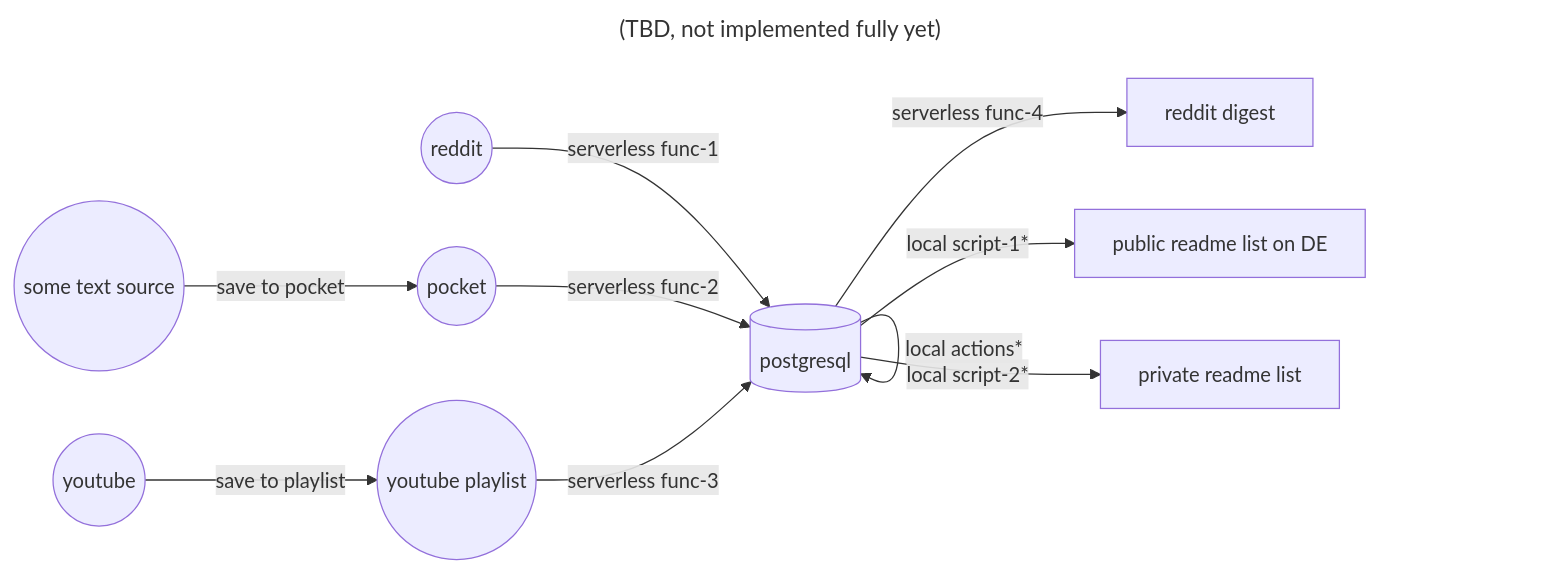
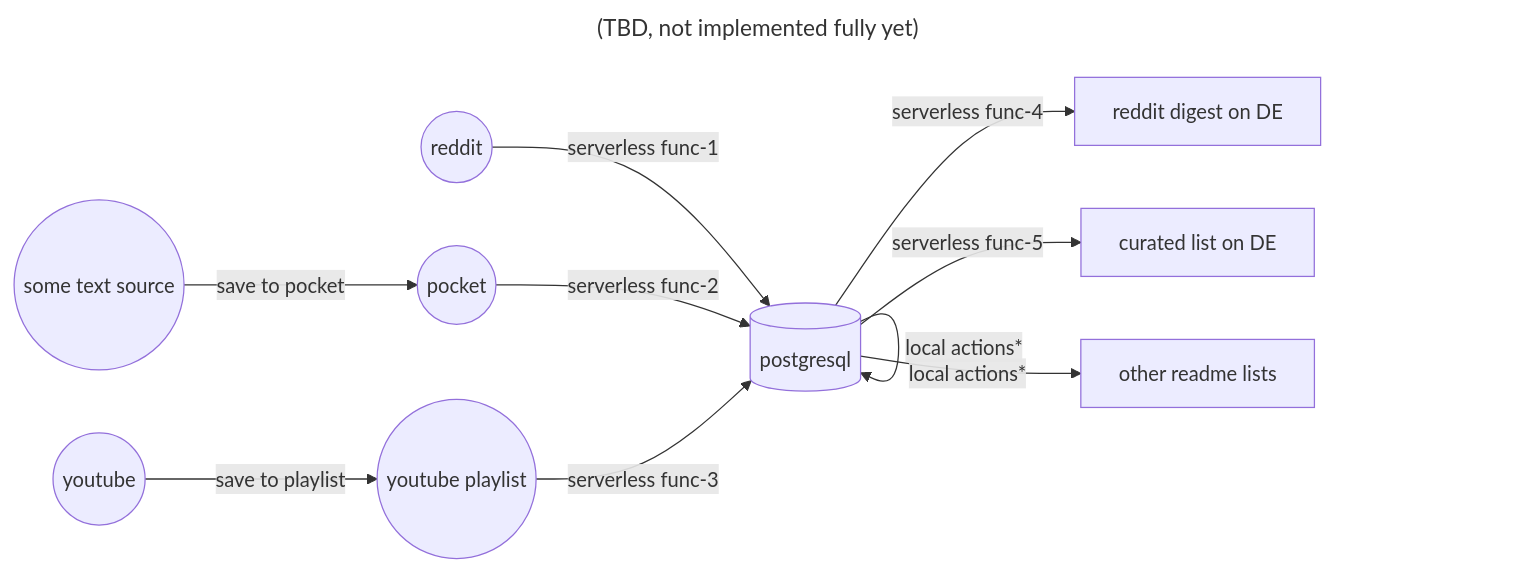
One commit to smirnovkirilll/lookmomimadataengineer changed the diagram in data_flow_map.md. Above: the diagram before and after it, drawn with Mermaid. The commit also changed other lines of this file and 2 other files, not shown here.

Commit message:
moving list to dedicated site

````diff
--- a/data_flow_map.md
+++ b/data_flow_map.md
@@ -5,17 +5,17 @@
 ```mermaid
 ---
 title: 
  (TBD, not implemented fully yet)
 ---
 flowchart LR;
 S1((reddit)) --> |serverless func-1| DB[(postgresql)]
 S2((some text source)) --> |save to pocket| S3((pocket)) --> |serverless func-2| DB[(postgresql)]
 S4((youtube)) --> |save to playlist| S5((youtube playlist)) --> |serverless func-3| DB[(postgresql)]
 DB[(postgresql)] --> |local actions*| DB[(postgresql)]
-DB[(postgresql)] --> |serverless func-4| T1[reddit digest]
-DB[(postgresql)] --> |local script-1*| T2[public readme list on DE]
-DB[(postgresql)] --> |local script-2*| T3[private readme list]
+DB[(postgresql)] --> |serverless func-4| T1[reddit digest on DE]
+DB[(postgresql)] --> |serverless func-5| T2[curated list on DE]
+DB[(postgresql)] --> |local actions*| T3[other readme lists]
 
-click T1 "https://github.com/smirnovkirilll/lookmomimadataengineer/tree/main/reddit_digest" "reddit digest"
-click T2 "https://github.com/smirnovkirilll/lookmomimadataengineer/blob/main/README.md" "readme on DE"
+click T1 "https://lookmomimadataengineer.website.yandexcloud.net" "reddit digest on DE"
+click T2 "https://lookmomimadataengineer.website.yandexcloud.net" "curated list on DE"
 ```
````
